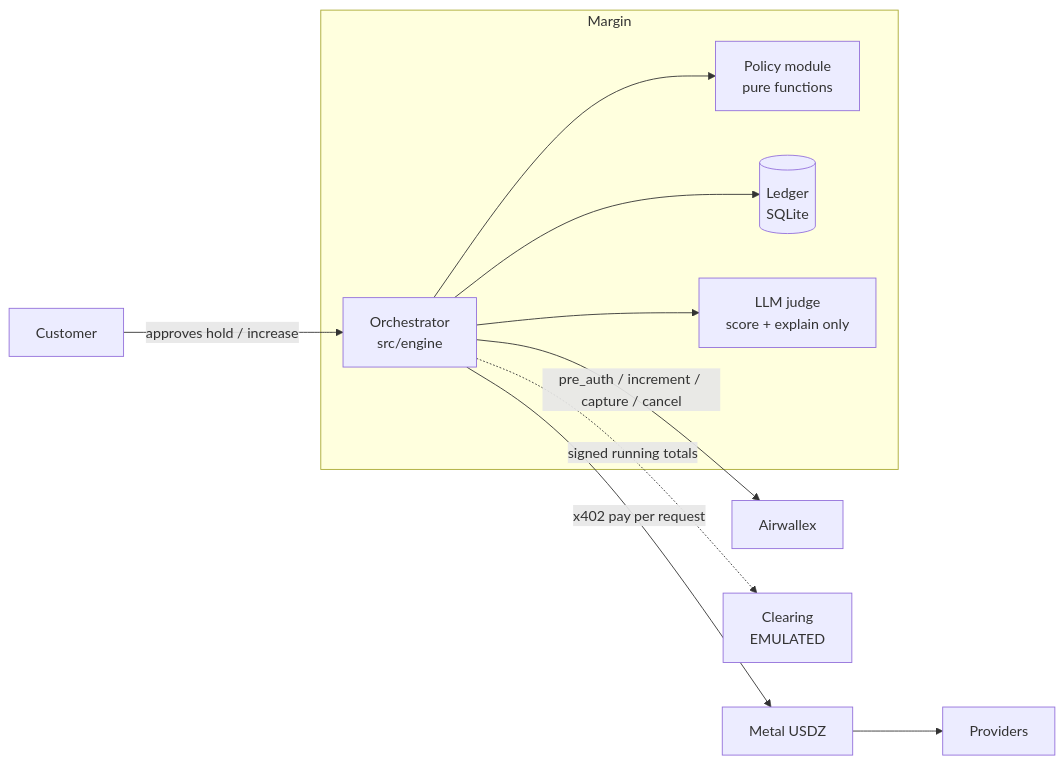
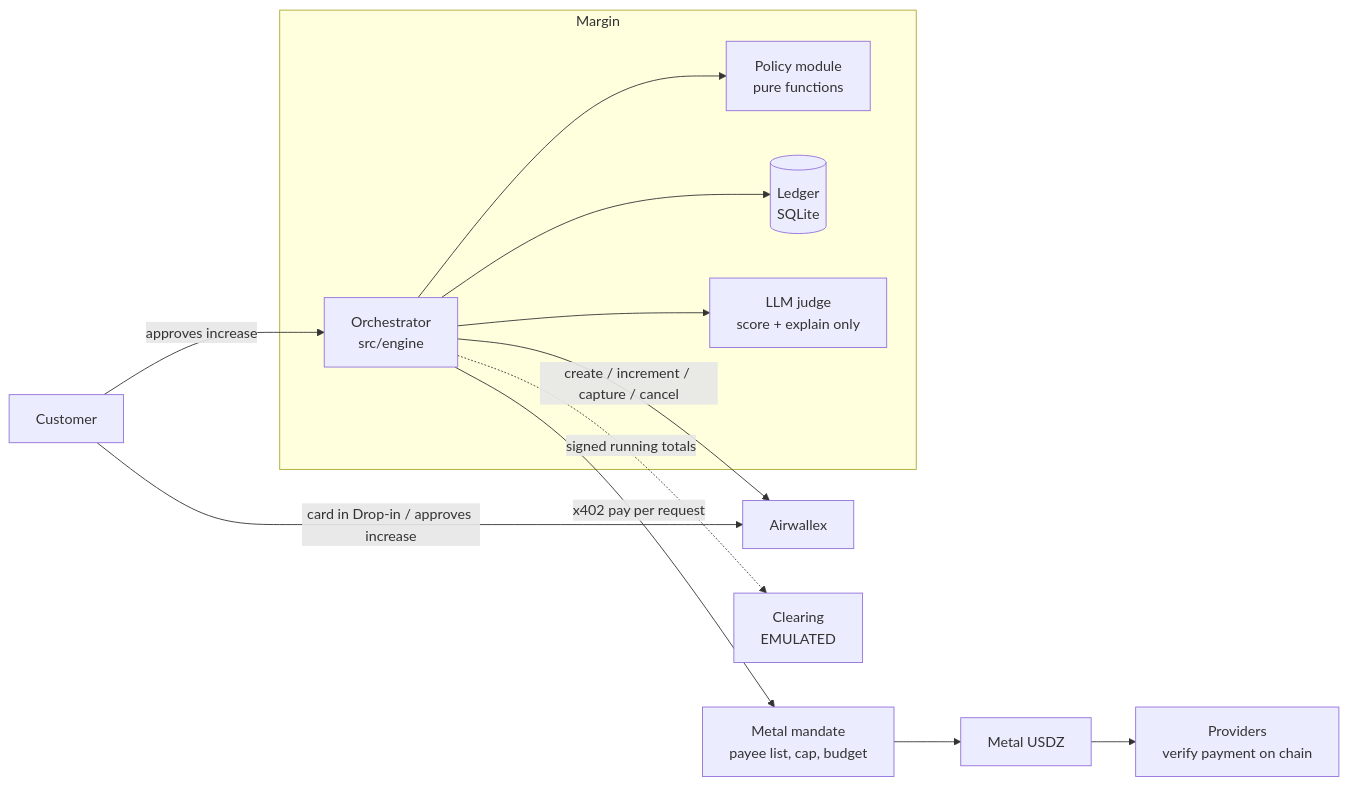
The diagram in README.md (rahulcse129/AgentXPayU), drawn with Mermaid before and after one commit. The commit also changed other lines of this file and 1 other file, not shown here.

````diff
--- a/README.md
+++ b/README.md
@@ -49,13 +79,15 @@
 ```mermaid
 flowchart LR
-  C[Customer] -- approves hold / increase --> E
+  C[Customer] -- card in Drop-in / approves increase --> AW
+  C -- approves increase --> E
   subgraph Margin
     E[Orchestrator<br/>src/engine] --> P[Policy module<br/>pure functions]
     E --> L[(Ledger<br/>SQLite)]
     E --> J[LLM judge<br/>score + explain only]
   end
-  E -- pre_auth / increment / capture / cancel --> AW[Airwallex]
-  E -- x402 pay per request --> M[Metal USDZ]
+  E -- create / increment / capture / cancel --> AW[Airwallex]
+  E -- x402 pay per request --> MD[Metal mandate<br/>payee list, cap, budget]
+  MD --> M[Metal USDZ]
   E -. signed running totals .-> CL[Clearing<br/>EMULATED]
-  M --> PR[Providers]
+  M --> PR[Providers<br/>verify payment on chain]
 ```
````
